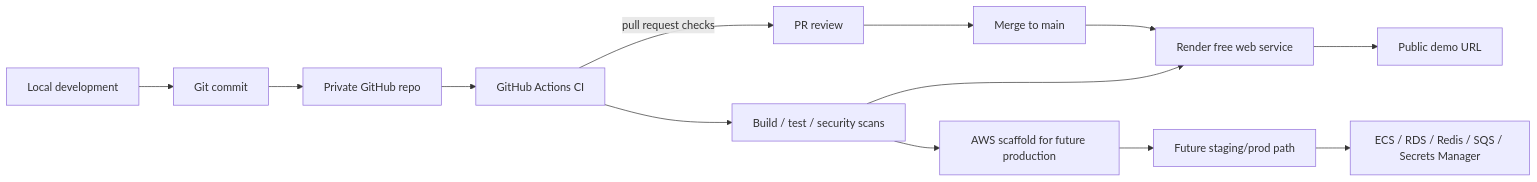
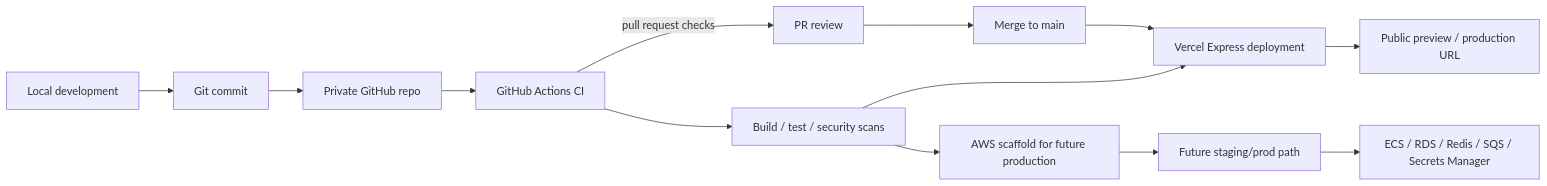
One commit to felzek/team-activity-monitor changed the third of 3 diagrams in planning/architecture-diagrams.md. Above: the diagram before and after it, drawn with Mermaid. The commit also changed other lines of this file and 30 other files, not shown here.

Commit message:
Migrate deployment from Render to Vercel

````diff
--- a/planning/architecture-diagrams.md
+++ b/planning/architecture-diagrams.md
@@ -71,18 +71,18 @@
 ```mermaid
 flowchart LR
   Dev[Local development] --> Git[Git commit]
   Git --> Repo[Private GitHub repo]
   Repo --> CI[GitHub Actions CI]
   CI --> Build[Build / test / security scans]
-  Build --> Render[Render free web service]
+  Build --> Vercel[Vercel Express deployment]
   Build --> AWS[AWS scaffold for future production]
 
   CI -->|pull request checks| Review[PR review]
   Review --> Merge[Merge to main]
-  Merge --> Render
+  Merge --> Vercel
 
-  Render --> URL[Public demo URL]
+  Vercel --> URL[Public preview / production URL]
 
   AWS --> Staging[Future staging/prod path]
   Staging --> ECS[ECS / RDS / Redis / SQS / Secrets Manager]
 ```
````
